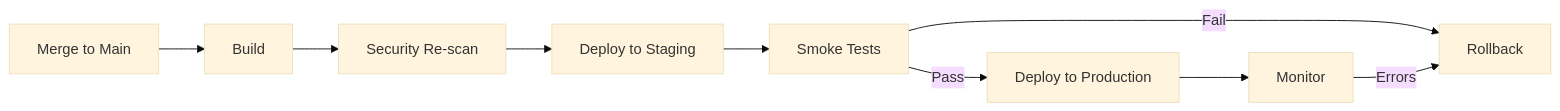
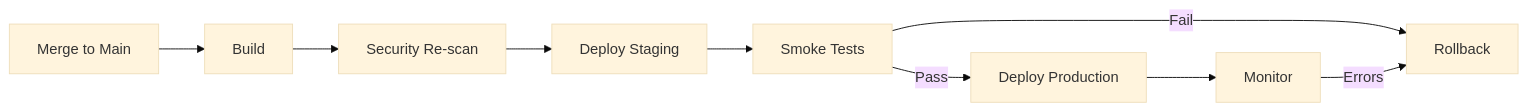
The diagram in site-tw/public/docs/sdlc/phase5-deployment.md (AliceNN-ucdenver/MaintainabilityAI), drawn with Mermaid (base theme) before and after one commit. The commit also changed other lines of this file and 99 other files, not shown here.

````diff
--- a/site-tw/public/docs/sdlc/phase5-deployment.md
+++ b/site-tw/public/docs/sdlc/phase5-deployment.md
@@ -27,11 +18,11 @@
 ```mermaid
 flowchart LR
     A[Merge to Main] --> B[Build]
     B --> C[Security Re-scan]
-    C --> D[Deploy to Staging]
+    C --> D[Deploy Staging]
     D --> E[Smoke Tests]
-    E -->|Pass| F[Deploy to Production]
+    E -->|Pass| F[Deploy Production]
     E -->|Fail| G[Rollback]
     F --> H[Monitor]
     H -->|Errors| G
 ```
````
